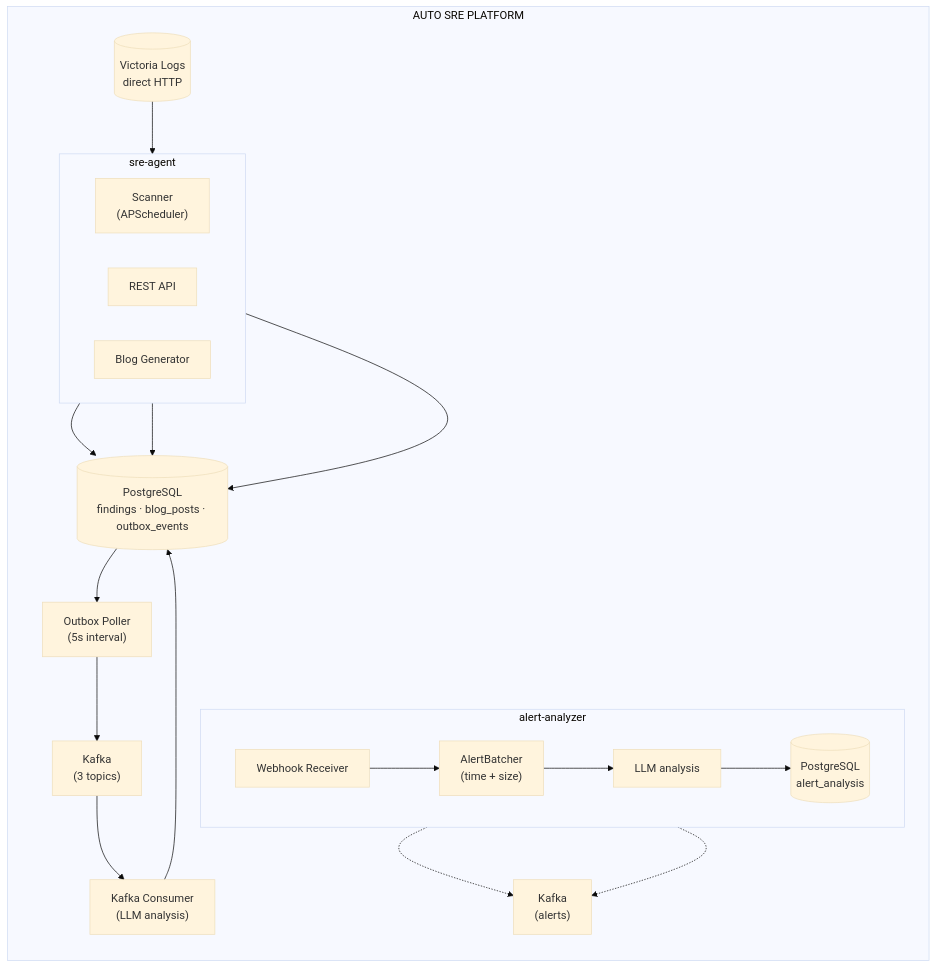
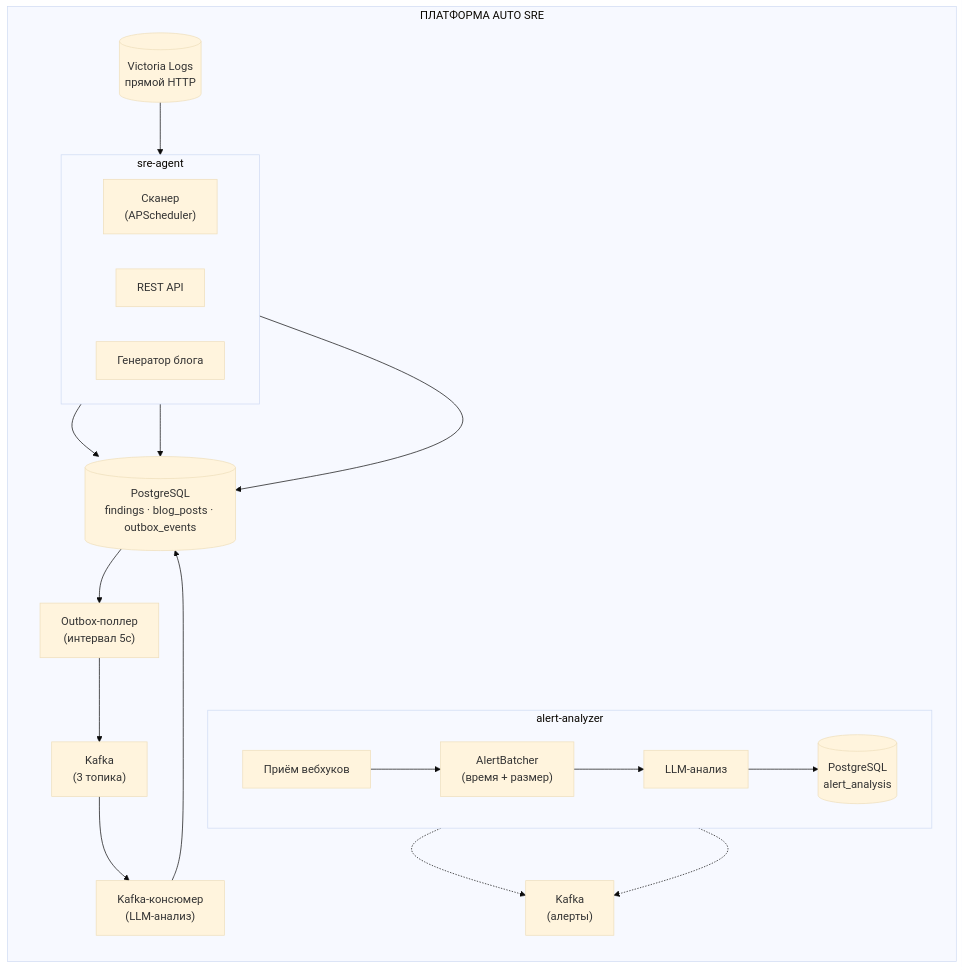
One commit to KatenKyoukotsu/auto-sre changed the first of 4 diagrams in docs/architecture.md. Above: the diagram before and after it, drawn with Mermaid (base theme). The commit also changed other lines of this file and 5 other files, not shown here.

````diff
--- a/docs/architecture.md
+++ b/docs/architecture.md
@@ -13,39 +13,39 @@
 ```mermaid
 flowchart TB
-    subgraph platform ["AUTO SRE PLATFORM"]
+    subgraph platform ["ПЛАТФОРМА AUTO SRE"]
         direction TB
 
-        VL[("Victoria Logs<br/>direct HTTP")]
+        VL[("Victoria Logs<br/>прямой HTTP")]
 
         subgraph sreagent ["sre-agent"]
             direction LR
-            SCANNER["Scanner<br/>(APScheduler)"]
+            SCANNER["Сканер<br/>(APScheduler)"]
             REST["REST API"]
-            BLOGGEN["Blog Generator"]
+            BLOGGEN["Генератор блога"]
         end
 
         PG[("PostgreSQL<br/>findings · blog_posts · outbox_events")]
-        OUTBOX["Outbox Poller<br/>(5s interval)"]
-        KAFKA["Kafka<br/>(3 topics)"]
-        CONSUMER["Kafka Consumer<br/>(LLM analysis)"]
+        OUTBOX["Outbox-поллер<br/>(интервал 5с)"]
+        KAFKA["Kafka<br/>(3 топика)"]
+        CONSUMER["Kafka-консюмер<br/>(LLM-анализ)"]
 
         VL --> SCANNER
         SCANNER --> PG
         REST --> PG
         BLOGGEN --> PG
         PG --> OUTBOX
         OUTBOX --> KAFKA
         KAFKA --> CONSUMER
         CONSUMER --> PG
 
         subgraph alertanalyzer ["alert-analyzer"]
             direction LR
-            WH["Webhook Receiver"] --> BATCHER["AlertBatcher<br/>(time + size)"]
-            BATCHER --> LLMA["LLM analysis"]
+            WH["Приём вебхуков"] --> BATCHER["AlertBatcher<br/>(время + размер)"]
+            BATCHER --> LLMA["LLM-анализ"]
             LLMA --> APG[("PostgreSQL<br/>alert_analysis")]
         end
 
-        WH -.-> ALERTS["Kafka<br/>(alerts)"]
+        WH -.-> ALERTS["Kafka<br/>(алерты)"]
         BATCHER -.-> ALERTS
     end
 ```
````
